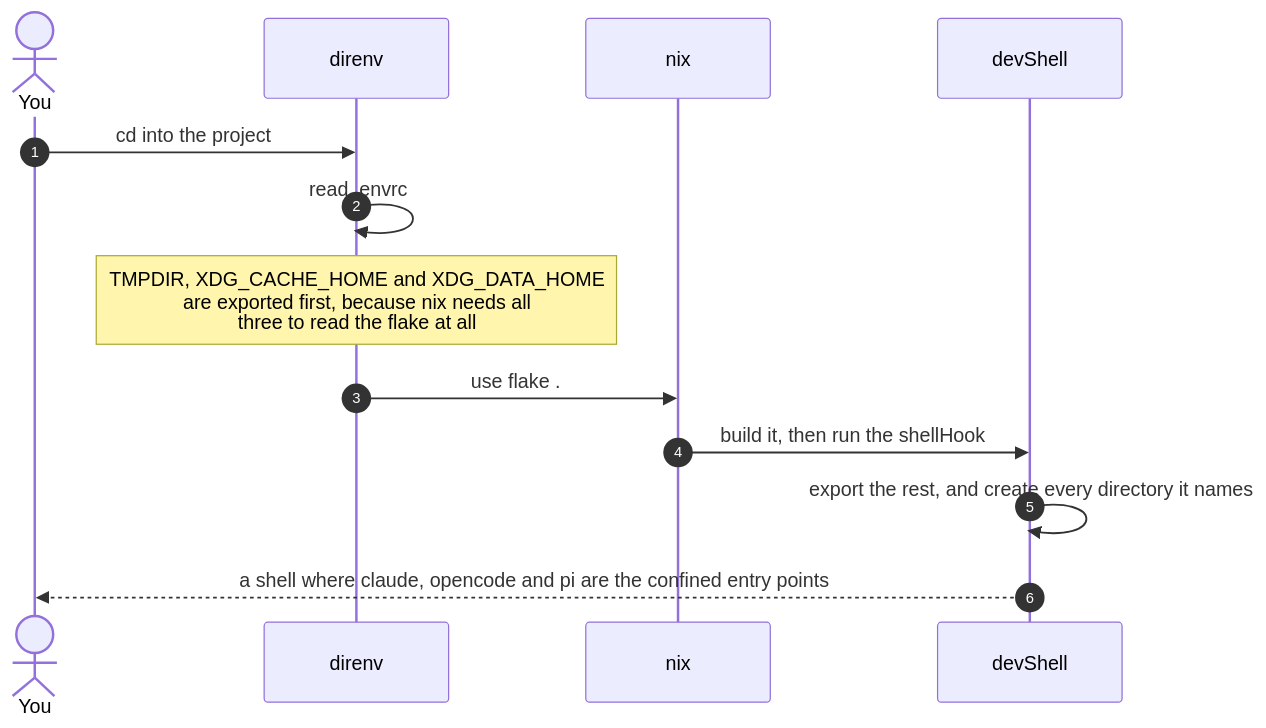
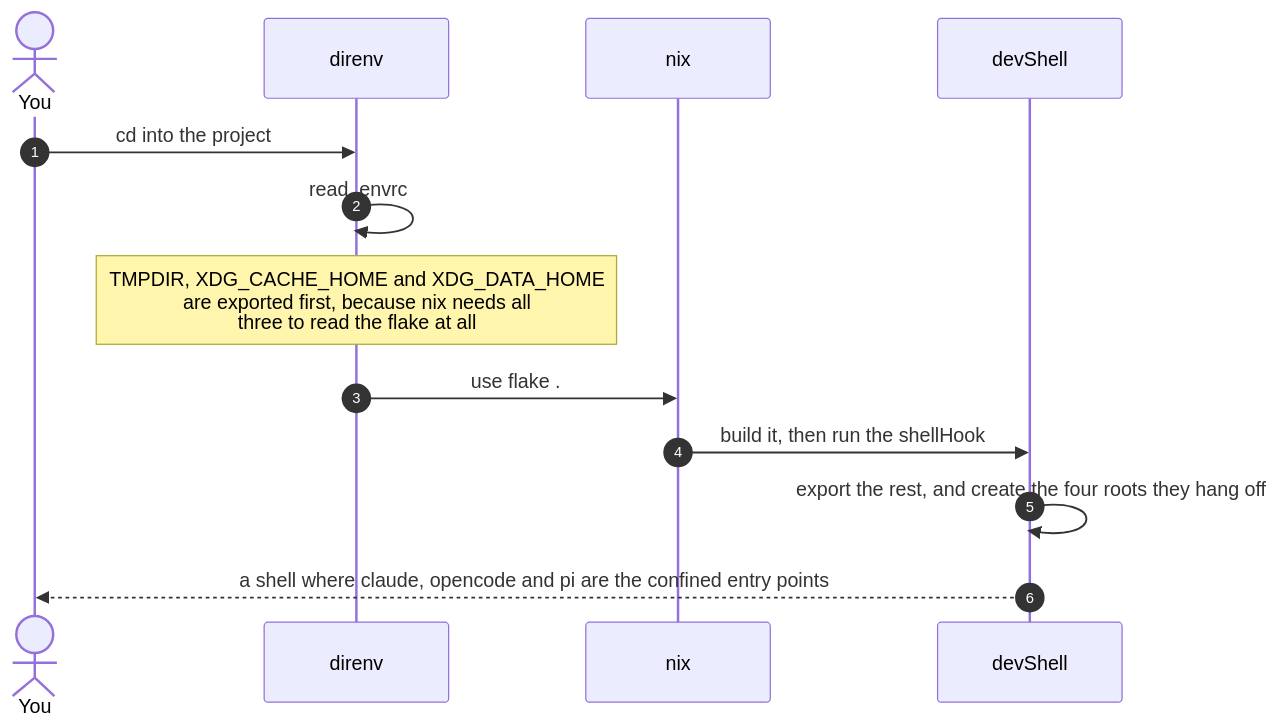
Before and after one commit to GRBurst/agent-sandbox: the second of 5 diagrams in README.md, drawn with Mermaid. The commit also changed other lines of this file and 15 other files, not shown here.

````diff
--- a/README.md
+++ b/README.md
@@ -86,16 +96,16 @@
 ```mermaid
 sequenceDiagram
     autonumber
     actor you as You
     participant direnv
     participant nix
     participant shell as devShell
 
     you->>direnv: cd into the project
     direnv->>direnv: read .envrc
     Note over direnv: TMPDIR, XDG_CACHE_HOME and XDG_DATA_HOME<br/>are exported first, because nix needs all<br/>three to read the flake at all
     direnv->>nix: use flake .
     nix->>shell: build it, then run the shellHook
-    shell->>shell: export the rest, and create every directory it names
+    shell->>shell: export the rest, and create the four roots they hang off
     shell-->>you: a shell where claude, opencode and pi are the confined entry points
 ```
````
